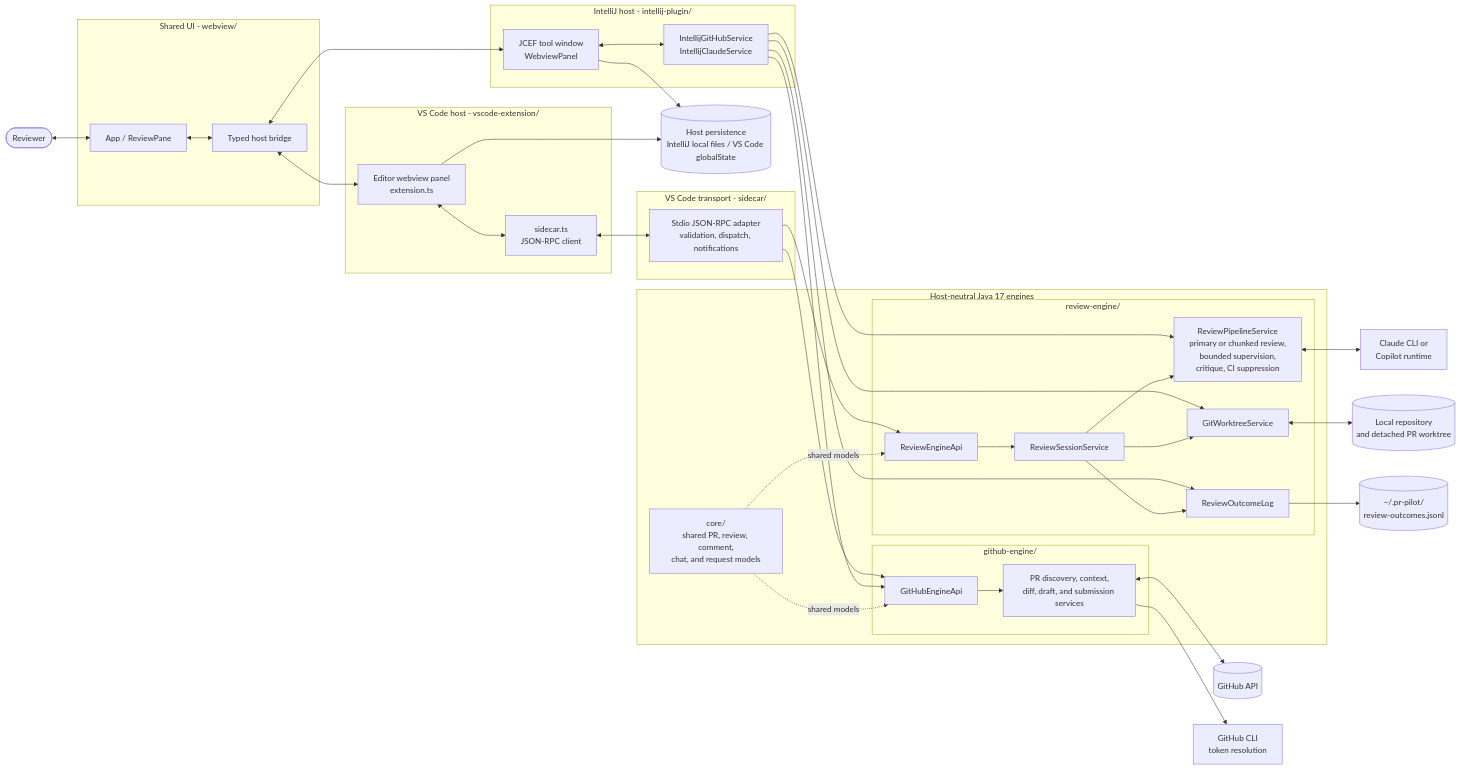
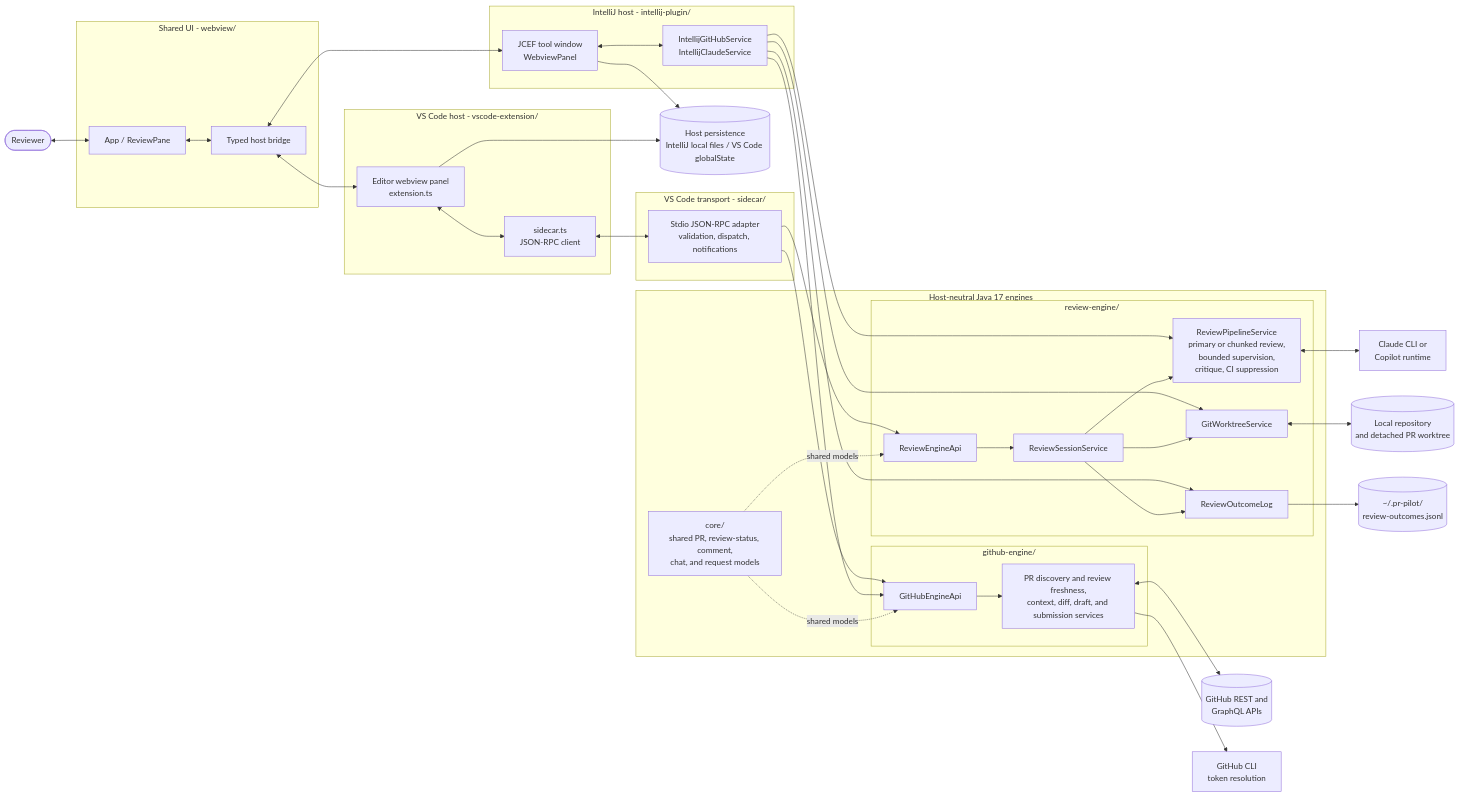
Before and after one commit to jinloes/intellij-claude-reviews: the diagram in diagrams/architecture.md, drawn with Mermaid. The commit also changed 54 other files, not shown here.

First line of the commit message:
Improve pull request discovery UX

````diff
--- a/diagrams/architecture.md
+++ b/diagrams/architecture.md
@@ -3,77 +3,77 @@
 ```mermaid
 flowchart LR
     Reviewer(["Reviewer"])
-    GitHub[("GitHub API")]
+    GitHub[("GitHub REST and<br/>GraphQL APIs")]
     GhCli["GitHub CLI<br/>token resolution"]
     Provider["Claude CLI or<br/>Copilot runtime"]
     Checkout[("Local repository<br/>and detached PR worktree")]
     OutcomeData[("~/.pr-pilot/<br/>review-outcomes.jsonl")]
     HostState[("Host persistence<br/>IntelliJ local files / VS Code globalState")]
 
     subgraph SharedUi["Shared UI - webview/"]
         App["App / ReviewPane"]
         Bridge["Typed host bridge"]
         App <--> Bridge
     end
 
     subgraph IntelliJ["IntelliJ host - intellij-plugin/"]
         ToolWindow["JCEF tool window<br/>WebviewPanel"]
         IntelliJAdapters["IntellijGitHubService<br/>IntellijClaudeService"]
         ToolWindow <--> IntelliJAdapters
     end
 
     subgraph VsCode["VS Code host - vscode-extension/"]
         EditorPanel["Editor webview panel<br/>extension.ts"]
         SidecarClient["sidecar.ts<br/>JSON-RPC client"]
         EditorPanel <--> SidecarClient
     end
 
     subgraph RpcAdapter["VS Code transport - sidecar/"]
         Sidecar["Stdio JSON-RPC adapter<br/>validation, dispatch, notifications"]
     end
 
     subgraph Engines["Host-neutral Java 17 engines"]
         subgraph GitHubEngine["github-engine/"]
             GitHubApi["GitHubEngineApi"]
-            GitHubServices["PR discovery, context,<br/>diff, draft, and submission services"]
+            GitHubServices["PR discovery and review freshness,<br/>context, diff, draft, and submission services"]
             GitHubApi --> GitHubServices
         end
 
         subgraph ReviewEngine["review-engine/"]
             ReviewApi["ReviewEngineApi"]
             Session["ReviewSessionService"]
             Pipeline["ReviewPipelineService<br/>primary or chunked review,<br/>bounded supervision,<br/>critique, CI suppression"]
             Worktrees["GitWorktreeService"]
             Outcomes["ReviewOutcomeLog"]
             ReviewApi --> Session
             Session --> Pipeline
             Session --> Worktrees
             Session --> Outcomes
         end
 
-        Core["core/<br/>shared PR, review, comment,<br/>chat, and request models"]
+        Core["core/<br/>shared PR, review-status, comment,<br/>chat, and request models"]
         Core -. shared models .-> GitHubApi
         Core -. shared models .-> ReviewApi
     end
 
     Reviewer <--> App
     Bridge <--> ToolWindow
     Bridge <--> EditorPanel
 
     IntelliJAdapters --> GitHubApi
     IntelliJAdapters --> Pipeline
     IntelliJAdapters --> Worktrees
     IntelliJAdapters --> Outcomes
 
     SidecarClient <--> Sidecar
     Sidecar --> GitHubApi
     Sidecar --> ReviewApi
 
     GitHubServices --> GhCli
     GitHubServices <--> GitHub
     Worktrees <--> Checkout
     Pipeline <--> Provider
     Outcomes --> OutcomeData
     ToolWindow --> HostState
     EditorPanel --> HostState
 ```
````
